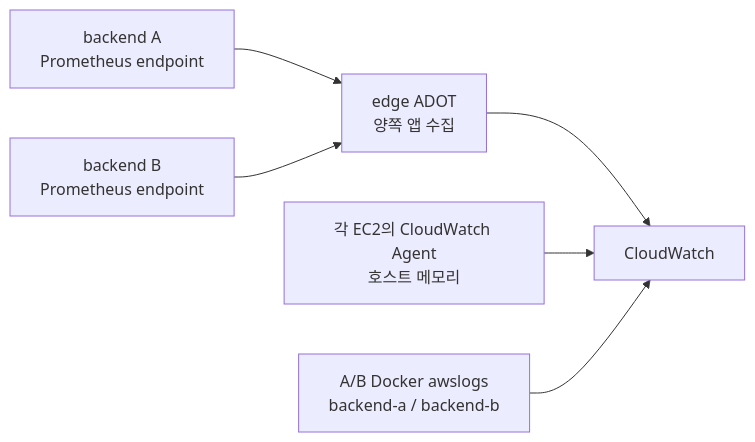
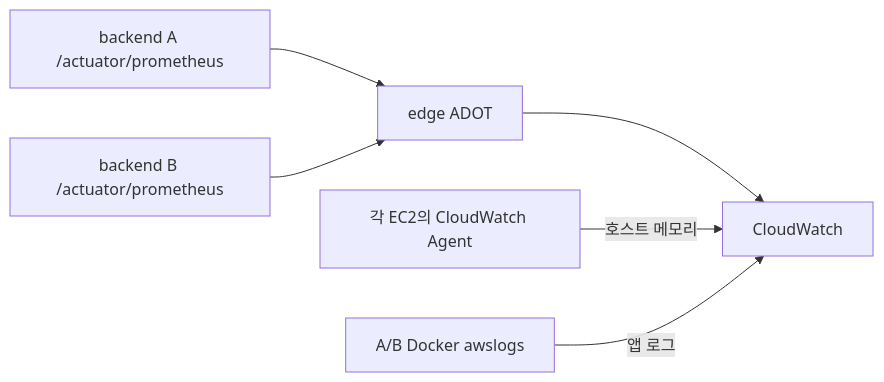
The diagram in deploy/docs/monitoring.md (woowacourse-teams/2026-ChongChong), drawn with Mermaid before and after one commit. The commit also changed other lines of this file and 5 other files, not shown here.

````diff
--- a/deploy/docs/monitoring.md
+++ b/deploy/docs/monitoring.md
@@ -7,8 +5,8 @@
-```mermaid
+~~~mermaid
 flowchart LR
-    A["backend A<br/>Prometheus endpoint"] --> Collector["edge ADOT<br/>양쪽 앱 수집"]
-    B["backend B<br/>Prometheus endpoint"] --> Collector
+    A["backend A /actuator/prometheus"] --> Collector[edge ADOT]
+    B["backend B /actuator/prometheus"] --> Collector
     Collector --> CW[CloudWatch]
-    Host["각 EC2의 CloudWatch Agent<br/>호스트 메모리"] --> CW
-    Logs["A/B Docker awslogs<br/>backend-a / backend-b"] --> CW
-```
+    Host["각 EC2의 CloudWatch Agent"] -->|호스트 메모리| CW
+    Logs["A/B Docker awslogs"] -->|앱 로그| CW
+~~~
````
